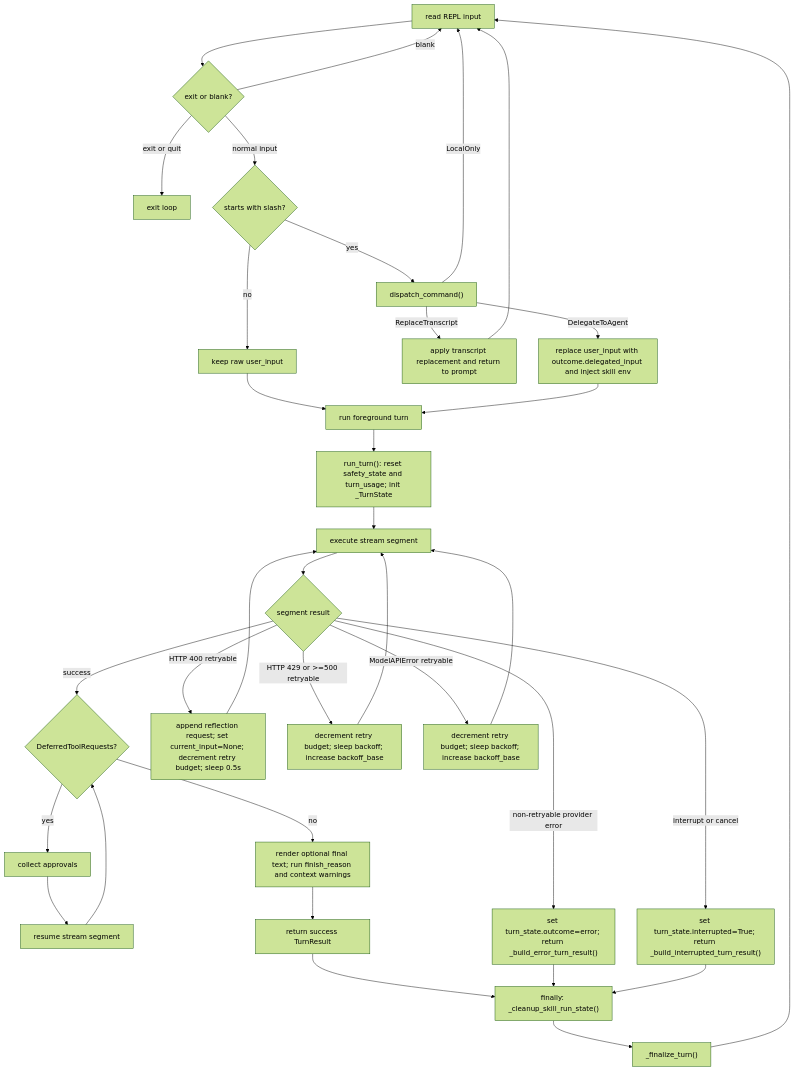
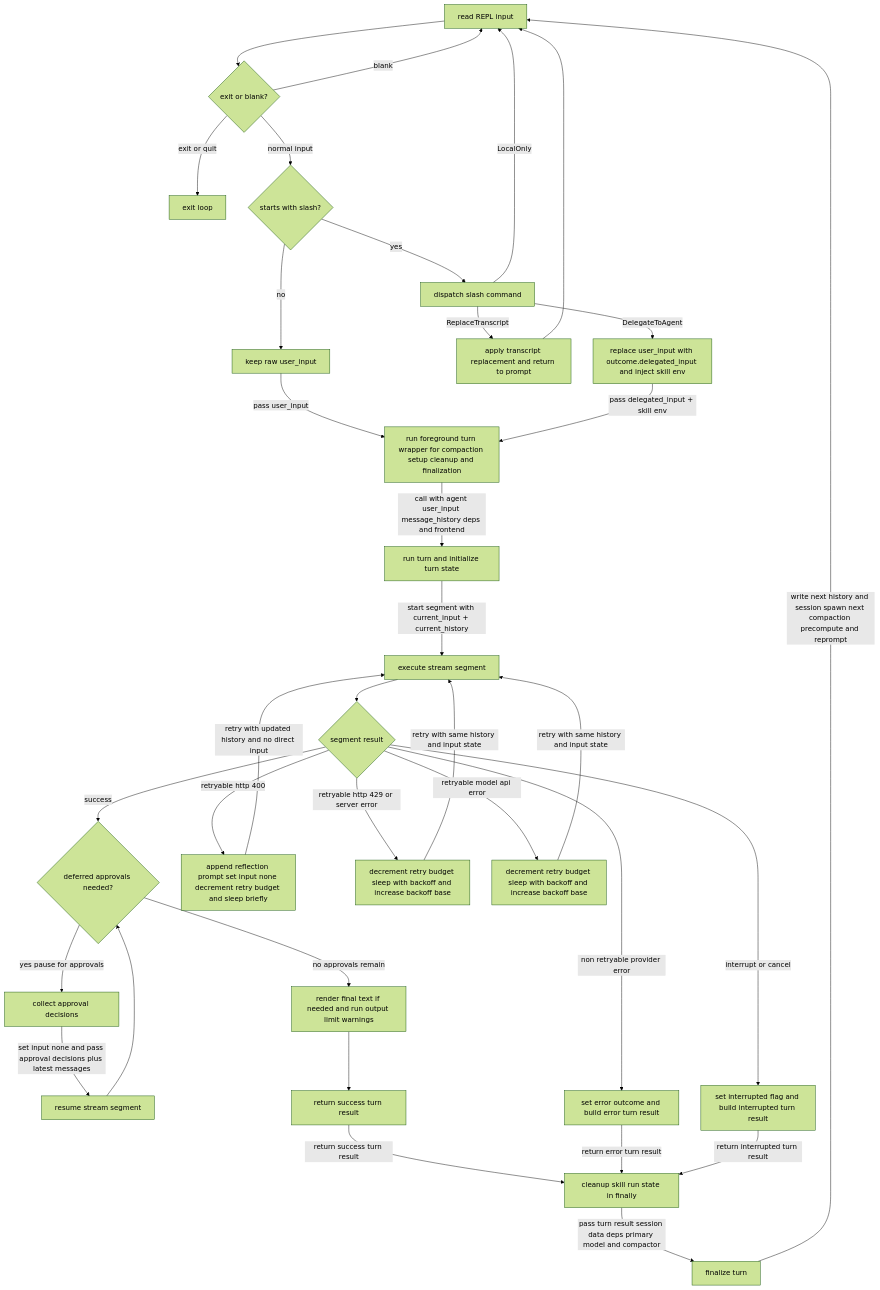
The first of 2 diagrams in docs/DESIGN-core-loop.md (binlecode/co-cli), drawn with Mermaid (forest theme) before and after one commit. The commit also changed other lines of this file and 3 other files, not shown here.

````diff
--- a/docs/DESIGN-core-loop.md
+++ b/docs/DESIGN-core-loop.md
@@ -44,43 +16,43 @@
 ```mermaid
 flowchart TD
     A["read REPL input"] --> B{"exit or blank?"}
     B -->|exit or quit| Z["exit loop"]
     B -->|blank| A
     B -->|normal input| C{"starts with slash?"}
 
     C -->|no| D["keep raw user_input"]
-    C -->|yes| E["dispatch_command()"]
+    C -->|yes| E["dispatch slash command"]
 
     E -->|ReplaceTranscript| F["apply transcript replacement and return to prompt"]
     F --> A
 
     E -->|DelegateToAgent| J["replace user_input with outcome.delegated_input and inject skill env"]
     E -->|LocalOnly| A
 
-    D --> M["run foreground turn"]
-    J --> M
-    M --> N["run_turn(): reset safety_state and turn_usage; init _TurnState"]
-    N --> O["execute stream segment"]
+    D -->|pass user_input| M["run foreground turn wrapper for compaction setup cleanup and finalization"]
+    J -->|pass delegated_input + skill env| M
+    M -->|call with agent user_input message_history deps and frontend| N["run turn and initialize turn state"]
+    N -->|start segment with current_input + current_history| O["execute stream segment"]
     O --> P{"segment result"}
-    P -->|success| Q{"DeferredToolRequests?"}
-    Q -->|yes| R["collect approvals"]
-    R --> S["resume stream segment"]
+    P -->|success| Q{"deferred approvals needed?"}
+    Q -->|yes pause for approvals| R["collect approval decisions"]
+    R -->|set input none and pass approval decisions plus latest messages| S["resume stream segment"]
     S --> Q
-    Q -->|no| T["render optional final text; run finish_reason and context warnings"]
-    T --> U["return success TurnResult"]
+    Q -->|no approvals remain| T["render final text if needed and run output limit warnings"]
+    T --> U["return success turn result"]
 
-    P -->|HTTP 400 retryable| X["append reflection request; set current_input=None; decrement retry budget; sleep 0.5s"]
-    X --> O
-    P -->|HTTP 429 or >=500 retryable| Y["decrement retry budget; sleep backoff; increase backoff_base"]
-    Y --> O
-    P -->|ModelAPIError retryable| ZA["decrement retry budget; sleep backoff; increase backoff_base"]
-    ZA --> O
-    P -->|non-retryable provider error| ZB["set turn_state.outcome=error; return _build_error_turn_result()"]
-    P -->|interrupt or cancel| ZC["set turn_state.interrupted=True; return _build_interrupted_turn_result()"]
+    P -->|retryable http 400| X["append reflection prompt set input none decrement retry budget and sleep briefly"]
+    X -->|retry with updated history and no direct input| O
+    P -->|retryable http 429 or server error| Y["decrement retry budget sleep with backoff and increase backoff base"]
+    Y -->|retry with same history and input state| O
+    P -->|retryable model api error| ZA["decrement retry budget sleep with backoff and increase backoff base"]
+    ZA -->|retry with same history and input state| O
+    P -->|non retryable provider error| ZB["set error outcome and build error turn result"]
+    P -->|interrupt or cancel| ZC["set interrupted flag and build interrupted turn result"]
 
-    U --> ZD["finally: _cleanup_skill_run_state()"]
-    ZB --> ZD
-    ZC --> ZD
-    ZD --> ZE["_finalize_turn()"]
-    ZE --> A
+    U -->|return success turn result| ZD["cleanup skill run state in finally"]
+    ZB -->|return error turn result| ZD
+    ZC -->|return interrupted turn result| ZD
+    ZD -->|pass turn result session data deps primary model and compactor| ZE["finalize turn"]
+    ZE -->|write next history and session spawn next compaction precompute and reprompt| A
 ```
````
